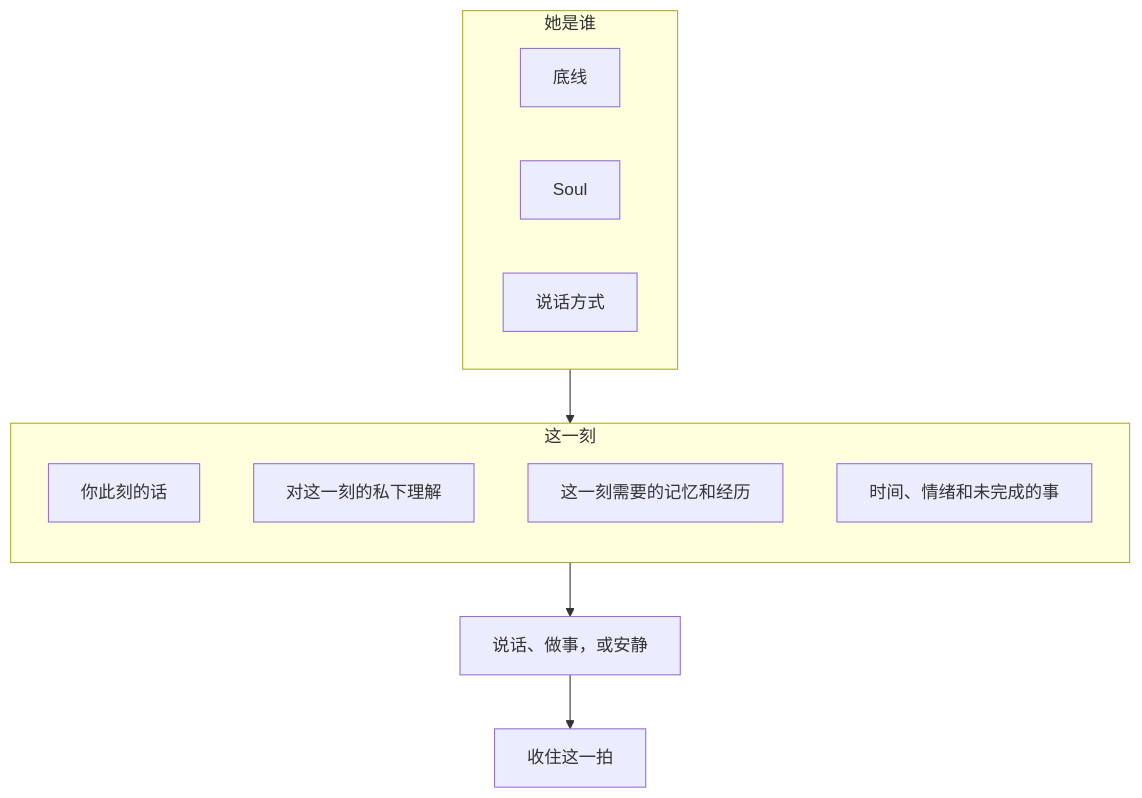
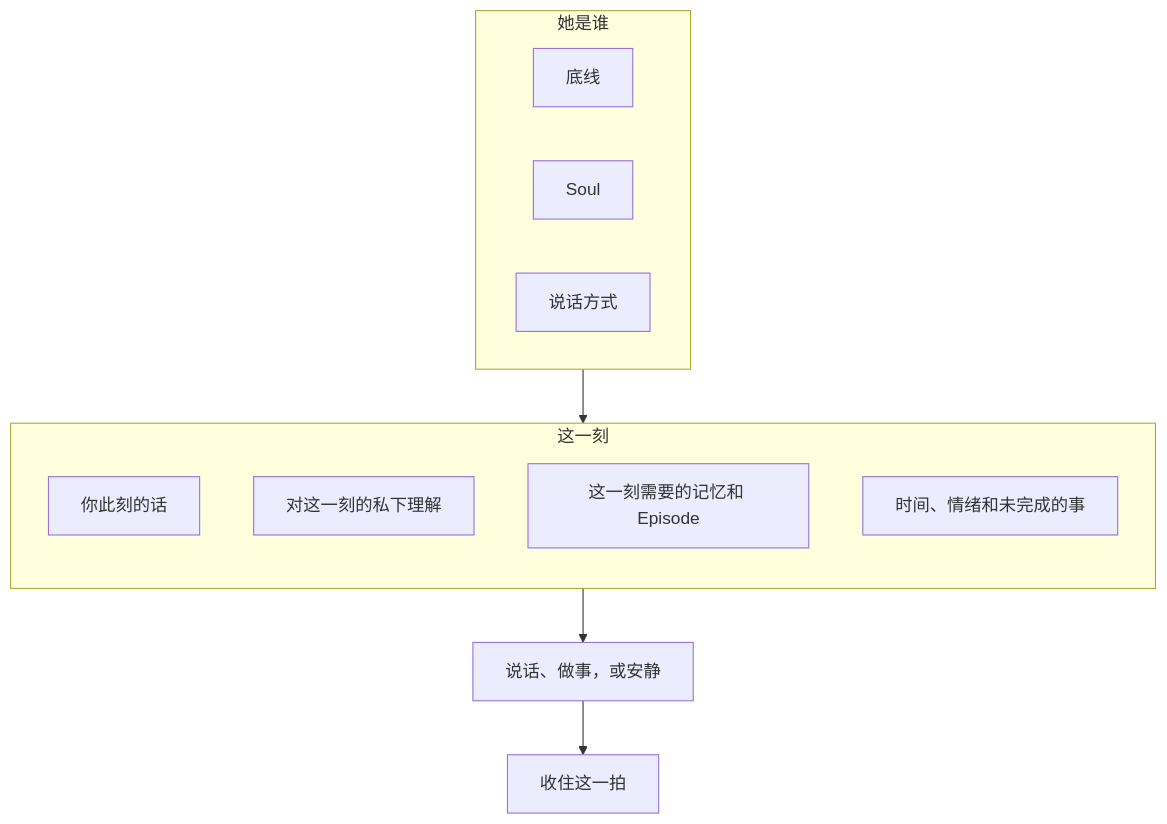
One commit to RicterZ/Momoi changed the second of 3 diagrams in README.zh-CN.md. Above: the diagram before and after it, drawn with Mermaid. The commit also changed other lines of this file and 61 other files, not shown here.

````diff
--- a/README.zh-CN.md
+++ b/README.zh-CN.md
@@ -67,19 +67,19 @@
 ```mermaid
 flowchart TB
   subgraph who["她是谁"]
     direction LR
     rules["底线"]
     soul["Soul"]
     voice["说话方式"]
   end
   subgraph now["这一刻"]
     direction TB
     you["你此刻的话"]
     reading["对这一刻的私下理解"]
-    need["这一刻需要的记忆和经历"]
+    need["这一刻需要的记忆和 Episode"]
     state["时间、情绪和未完成的事"]
   end
   who --> now
   now --> speak["说话、做事，或安静"]
   speak --> close["收住这一拍"]
 ```
````
